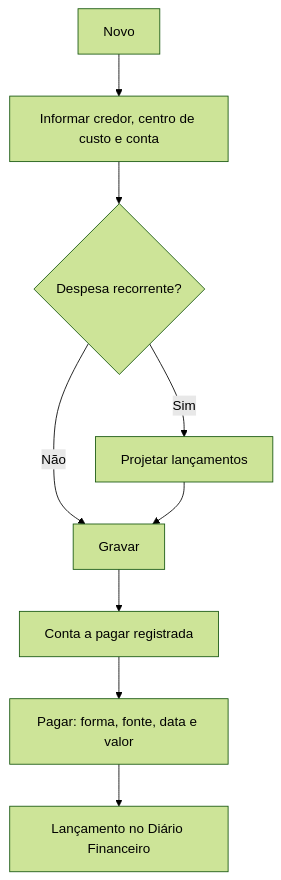
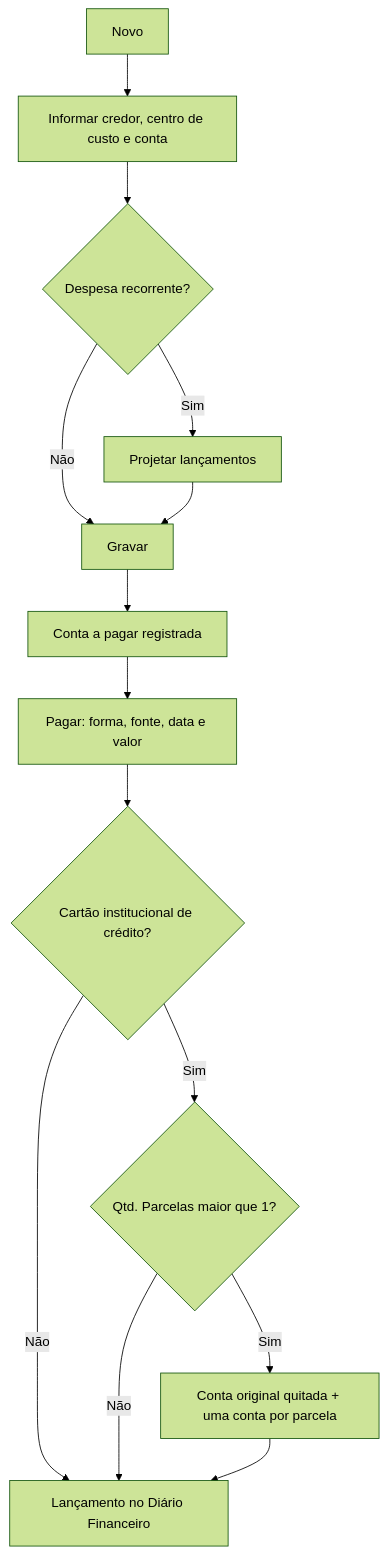
Before and after one commit to rlopeslameira/harpia-docs: the first of 2 diagrams in docs/financeiro/contas-a-pagar.md, drawn with Mermaid (forest theme). The commit also changed other lines of this file and 21 other files, not shown here.

````diff
--- a/docs/financeiro/contas-a-pagar.md
+++ b/docs/financeiro/contas-a-pagar.md
@@ -155,11 +205,16 @@
 ```mermaid
 flowchart TD
     A[Novo] --> B[Informar credor, centro de custo e conta]
     B --> C{Despesa recorrente?}
     C -->|Sim| D[Projetar lançamentos]
     C -->|Não| E[Gravar]
     D --> E[Gravar]
     E --> F[Conta a pagar registrada]
     F --> G[Pagar: forma, fonte, data e valor]
-    G --> H[Lançamento no Diário Financeiro]
+    G --> H{Cartão institucional de crédito?}
+    H -->|Não| I[Lançamento no Diário Financeiro]
+    H -->|Sim| J{Qtd. Parcelas maior que 1?}
+    J -->|Não| I
+    J -->|Sim| K[Conta original quitada + uma conta por parcela]
+    K --> I
 ```
````
